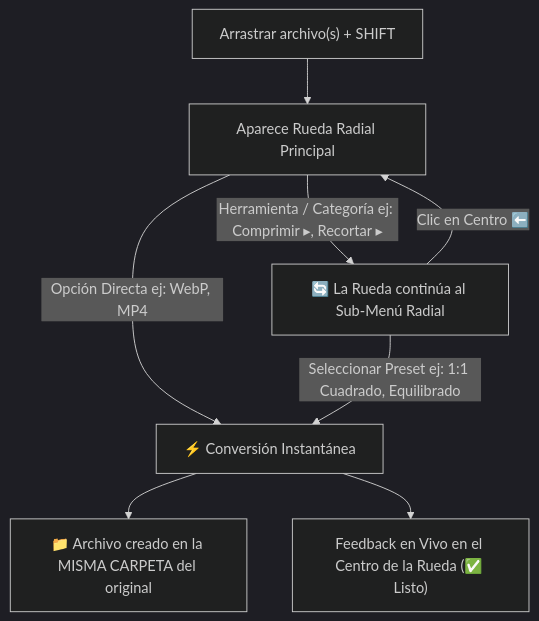
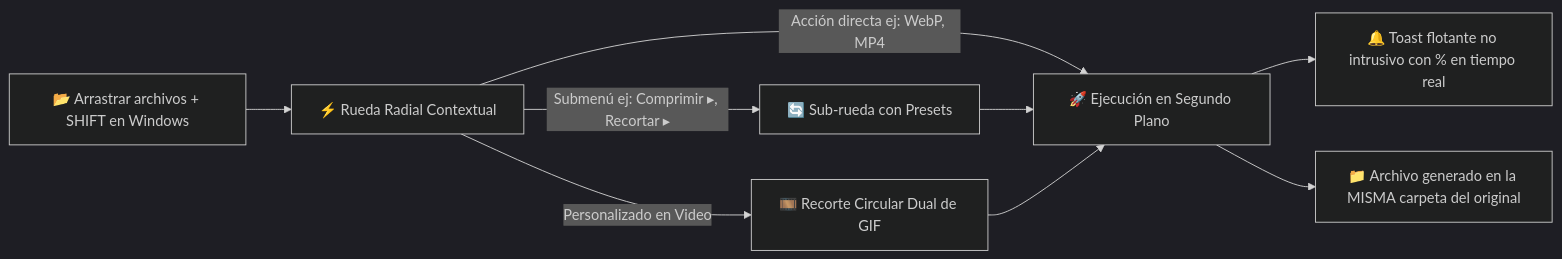
Before and after one commit to DanteJAC/ShiftDrop: the diagram in README.md, drawn with Mermaid (dark theme). The commit also changed other lines of this file and 1 other file, not shown here.

Commit message:
docs: actualizar README tecnico completo con firma de DanteJac y anadir LICENSE MIT

````diff
--- a/README.md
+++ b/README.md
@@ -15,10 +37,11 @@
 ```mermaid
-flowchart TD
-    A["Arrastrar archivo(s) + SHIFT"] --> B["Aparece Rueda Radial Principal"]
-    B -->|Opción Directa ej: WebP, MP4| C["⚡ Conversión Instantánea"]
-    B -->|Herramienta / Categoría ej: Comprimir ▸, Recortar ▸| D["🔄 La Rueda continúa al Sub-Menú Radial"]
-    D -->|Seleccionar Preset ej: 1:1 Cuadrado, Equilibrado| C
-    D -->|Clic en Centro ⬅️| B
-    C --> E["📁 Archivo creado en la MISMA CARPETA del original"]
-    C --> F["Feedback en Vivo en el Centro de la Rueda (✅ Listo)"]
+flowchart LR
+    A["📂 Arrastrar archivos + SHIFT en Windows"] --> B["⚡ Rueda Radial Contextual"]
+    B -->|Acción directa ej: WebP, MP4| C["🚀 Ejecución en Segundo Plano"]
+    B -->|Submenú ej: Comprimir ▸, Recortar ▸| D["🔄 Sub-rueda con Presets"]
+    B -->|Personalizado en Video| E["🎞️ Recorte Circular Dual de GIF"]
+    D --> C
+    E --> C
+    C --> F["🔔 Toast flotante no intrusivo con % en tiempo real"]
+    C --> G["📁 Archivo generado en la MISMA carpeta del original"]
 ```
````
